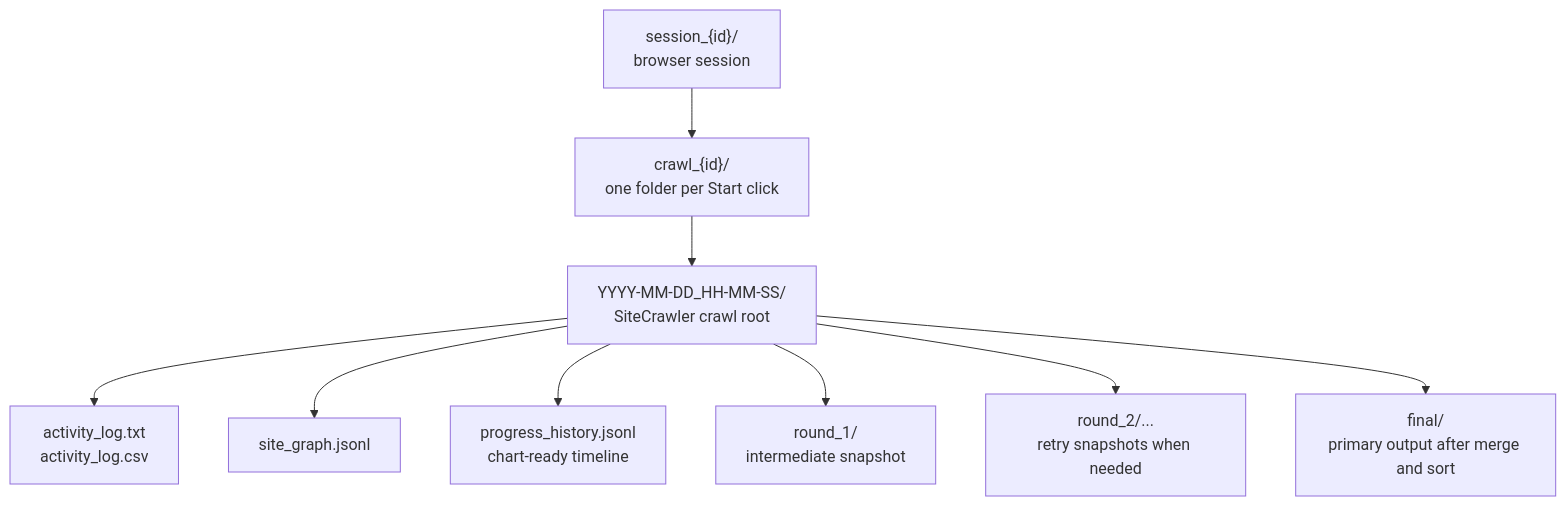
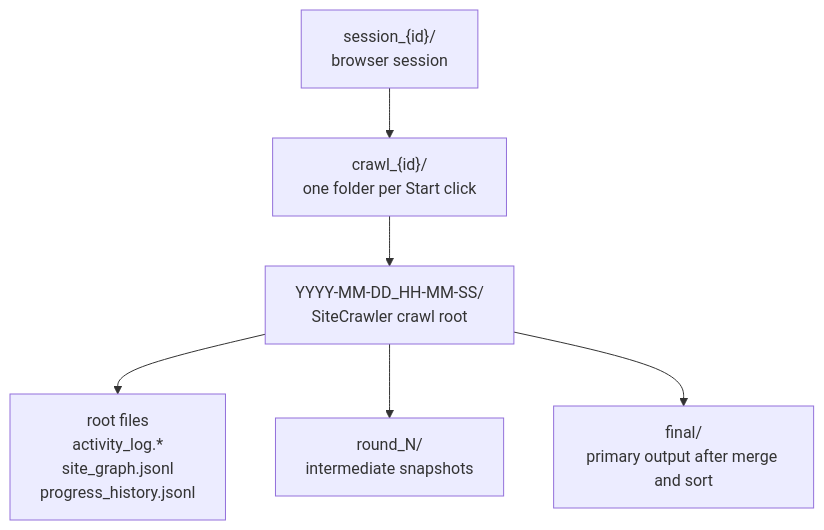
Before and after one commit to prakosd/rag-playground: the fifth of 7 diagrams in apps/streamlit/README.md, drawn with Mermaid. The commit also changed other lines of this file and 1 other file, not shown here.

Commit message:
refactor: update flowchart diagrams for improved clarity and organization in README files

````diff
--- a/apps/streamlit/README.md
+++ b/apps/streamlit/README.md
@@ -297,11 +272,8 @@
 ```mermaid
 flowchart TD
   Session["session_{id}/<br/>browser session"] --> Crawl["crawl_{id}/<br/>one folder per Start click"]
   Crawl --> Timestamp["YYYY-MM-DD_HH-MM-SS/<br/>SiteCrawler crawl root"]
-  Timestamp --> Logs["activity_log.txt<br/>activity_log.csv"]
-  Timestamp --> Graph["site_graph.jsonl"]
-  Timestamp --> History["progress_history.jsonl<br/>chart-ready timeline"]
-  Timestamp --> Round1["round_1/<br/>intermediate snapshot"]
-  Timestamp --> Round2["round_2/...<br/>retry snapshots when needed"]
+  Timestamp --> RootFiles["root files<br/>activity_log.*<br/>site_graph.jsonl<br/>progress_history.jsonl"]
+  Timestamp --> Rounds["round_N/<br/>intermediate snapshots"]
   Timestamp --> Final["final/<br/>primary output after merge and sort"]
 ```
````
